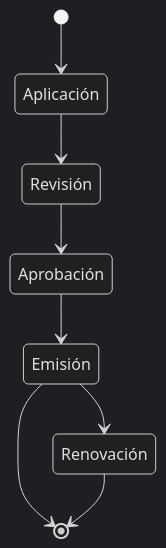
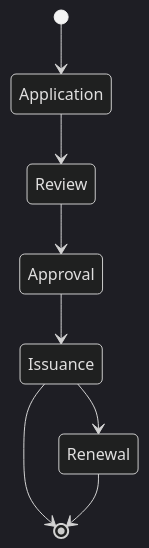
Before and after one commit to despiau/mermaid: the eighth of 10 diagrams in README.md, drawn with Mermaid (dark theme). The commit also changed other lines of this file, not shown here.

````diff
--- a/README.md
+++ b/README.md
@@ -125,10 +125,10 @@
 ```mermaid
 stateDiagram-v2
-    [*] --> Aplicación
-    Aplicación --> Revisión
-    Revisión --> Aprobación
-    Aprobación --> Emisión
-    Emisión --> [*]
-    Emisión --> Renovación
-    Renovación --> [*]
+    [*] --> Application
+    Application --> Review
+    Review --> Approval
+    Approval --> Issuance
+    Issuance --> [*]
+    Issuance --> Renewal
+    Renewal --> [*]
 ```
````
